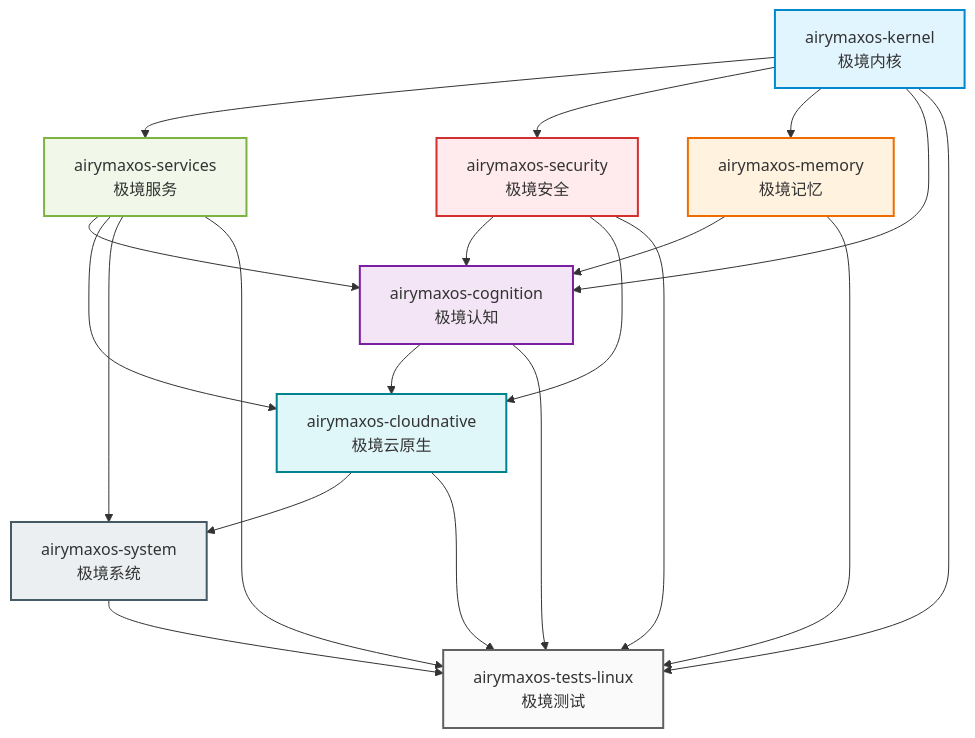
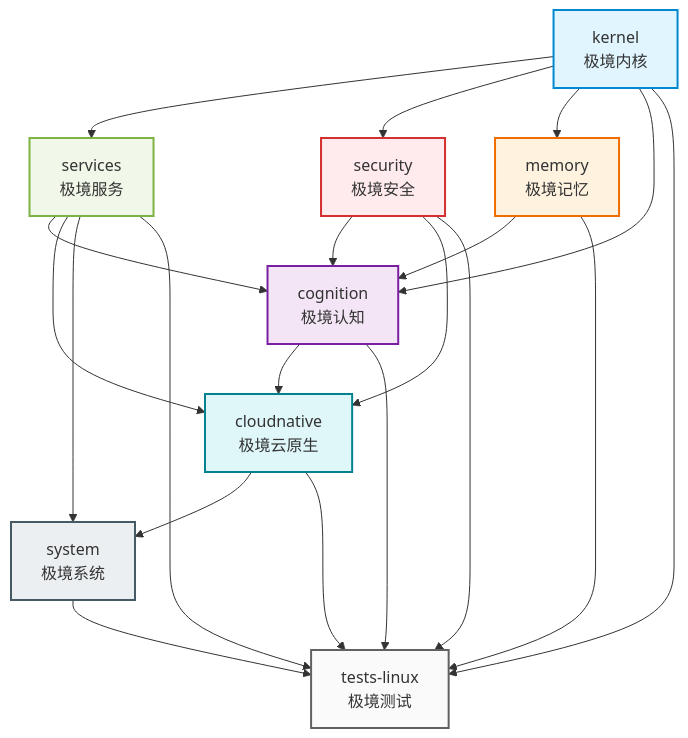
One commit to SpharxTeam/Docs changed the diagram in AirymaxOS/20-modules/README.md. Above: the diagram before and after it, drawn with Mermaid. The commit also changed other lines of this file and 217 other files, not shown here.

````diff
--- a/AirymaxOS/20-modules/README.md
+++ b/AirymaxOS/20-modules/README.md
@@ -40,40 +40,40 @@
 ```mermaid
 graph TB
-    KERNEL[airymaxos-kernel<br/>极境内核]
-    SERVICES[airymaxos-services<br/>极境服务]
-    SECURITY[airymaxos-security<br/>极境安全]
-    MEMORY[airymaxos-memory<br/>极境记忆]
-    COGNITION[airymaxos-cognition<br/>极境认知]
-    CLOUD[airymaxos-cloudnative<br/>极境云原生]
-    SYSTEM[airymaxos-system<br/>极境系统]
-    TESTS[airymaxos-tests-linux<br/>极境测试]
+    KERNEL[kernel<br/>极境内核]
+    SERVICES[services<br/>极境服务]
+    SECURITY[security<br/>极境安全]
+    MEMORY[memory<br/>极境记忆]
+    COGNITION[cognition<br/>极境认知]
+    CLOUD[cloudnative<br/>极境云原生]
+    SYSTEM[system<br/>极境系统]
+    TESTS[tests-linux<br/>极境测试]
 
     KERNEL --> SERVICES
     KERNEL --> SECURITY
     KERNEL --> MEMORY
     KERNEL --> COGNITION
     SERVICES --> COGNITION
     SERVICES --> CLOUD
     SECURITY --> COGNITION
     SECURITY --> CLOUD
     MEMORY --> COGNITION
     COGNITION --> CLOUD
     SERVICES --> SYSTEM
     CLOUD --> SYSTEM
     KERNEL --> TESTS
     SERVICES --> TESTS
     SECURITY --> TESTS
     MEMORY --> TESTS
     COGNITION --> TESTS
     CLOUD --> TESTS
     SYSTEM --> TESTS
 
     style KERNEL fill:#e1f5fe,stroke:#0288d1,stroke-width:2px
     style SERVICES fill:#f1f8e9,stroke:#7cb342,stroke-width:2px
     style SECURITY fill:#ffebee,stroke:#d32f2f,stroke-width:2px
     style MEMORY fill:#fff3e0,stroke:#ef6c00,stroke-width:2px
     style COGNITION fill:#f3e5f5,stroke:#7b1fa2,stroke-width:2px
     style CLOUD fill:#e0f7fa,stroke:#00838f,stroke-width:2px
     style SYSTEM fill:#eceff1,stroke:#455a64,stroke-width:2px
     style TESTS fill:#fafafa,stroke:#616161,stroke-width:2px
 ```
````
